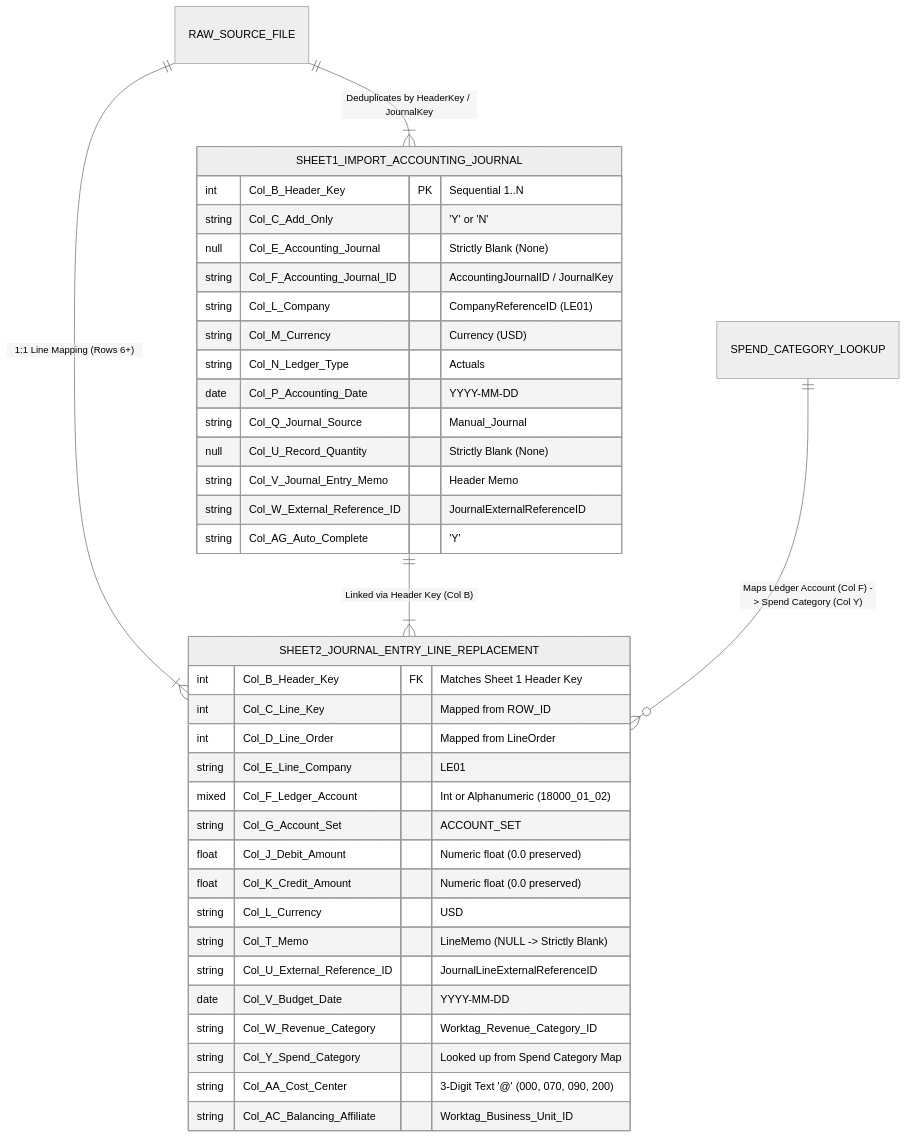
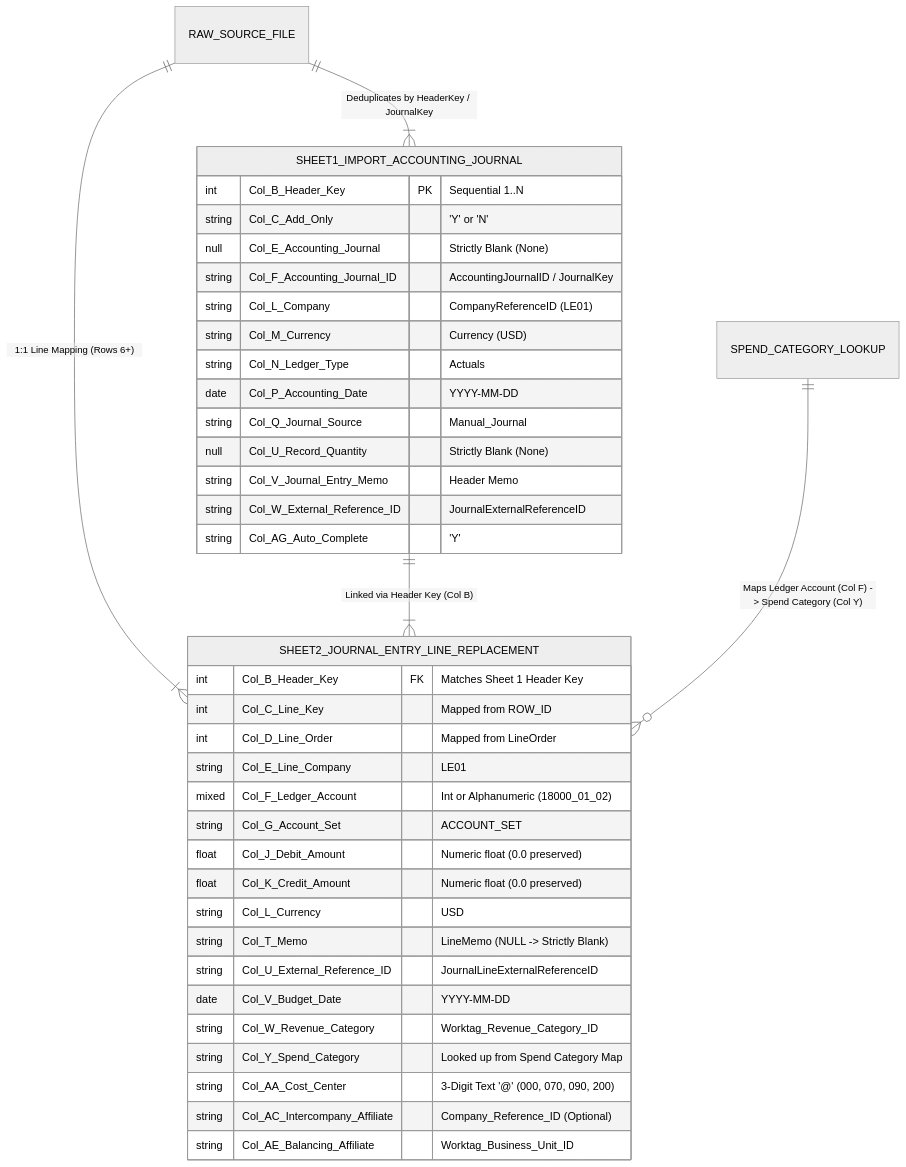
One commit to Git229KEV/CSV-to-EIB-Agent changed the third of 3 diagrams in README.md. Above: the diagram before and after it, drawn with Mermaid (neutral theme). The commit also changed other lines of this file and 14 other files, not shown here.

Commit message:
feat(v45.1): update Import_Accounting_Journal_v45.1 template to 54-col schema, remap source outputs, and rebuild WorkdayEIBStudio.exe (v1.2.0)

````diff
--- a/README.md
+++ b/README.md
@@ -147,42 +147,43 @@
 ```mermaid
 erDiagram
     RAW_SOURCE_FILE ||--|{ SHEET1_IMPORT_ACCOUNTING_JOURNAL : "Deduplicates by HeaderKey / JournalKey"
     RAW_SOURCE_FILE ||--|{ SHEET2_JOURNAL_ENTRY_LINE_REPLACEMENT : "1:1 Line Mapping (Rows 6+)"
     SHEET1_IMPORT_ACCOUNTING_JOURNAL ||--|{ SHEET2_JOURNAL_ENTRY_LINE_REPLACEMENT : "Linked via Header Key (Col B)"
     SPEND_CATEGORY_LOOKUP ||--o{ SHEET2_JOURNAL_ENTRY_LINE_REPLACEMENT : "Maps Ledger Account (Col F) -> Spend Category (Col Y)"
 
     SHEET1_IMPORT_ACCOUNTING_JOURNAL {
         int Col_B_Header_Key PK "Sequential 1..N"
         string Col_C_Add_Only "'Y' or 'N'"
         null Col_E_Accounting_Journal "Strictly Blank (None)"
         string Col_F_Accounting_Journal_ID "AccountingJournalID / JournalKey"
         string Col_L_Company "CompanyReferenceID (LE01)"
         string Col_M_Currency "Currency (USD)"
         string Col_N_Ledger_Type "Actuals"
         date Col_P_Accounting_Date "YYYY-MM-DD"
         string Col_Q_Journal_Source "Manual_Journal"
         null Col_U_Record_Quantity "Strictly Blank (None)"
         string Col_V_Journal_Entry_Memo "Header Memo"
         string Col_W_External_Reference_ID "JournalExternalReferenceID"
         string Col_AG_Auto_Complete "'Y'"
     }
 
     SHEET2_JOURNAL_ENTRY_LINE_REPLACEMENT {
         int Col_B_Header_Key FK "Matches Sheet 1 Header Key"
         int Col_C_Line_Key "Mapped from ROW_ID"
         int Col_D_Line_Order "Mapped from LineOrder"
         string Col_E_Line_Company "LE01"
         mixed Col_F_Ledger_Account "Int or Alphanumeric (18000_01_02)"
         string Col_G_Account_Set "ACCOUNT_SET"
         float Col_J_Debit_Amount "Numeric float (0.0 preserved)"
         float Col_K_Credit_Amount "Numeric float (0.0 preserved)"
         string Col_L_Currency "USD"
         string Col_T_Memo "LineMemo (NULL -> Strictly Blank)"
         string Col_U_External_Reference_ID "JournalLineExternalReferenceID"
         date Col_V_Budget_Date "YYYY-MM-DD"
         string Col_W_Revenue_Category "Worktag_Revenue_Category_ID"
         string Col_Y_Spend_Category "Looked up from Spend Category Map"
         string Col_AA_Cost_Center "3-Digit Text '@' (000, 070, 090, 200)"
-        string Col_AC_Balancing_Affiliate "Worktag_Business_Unit_ID"
+        string Col_AC_Intercompany_Affiliate "Company_Reference_ID (Optional)"
+        string Col_AE_Balancing_Affiliate "Worktag_Business_Unit_ID"
     }
 ```
````
